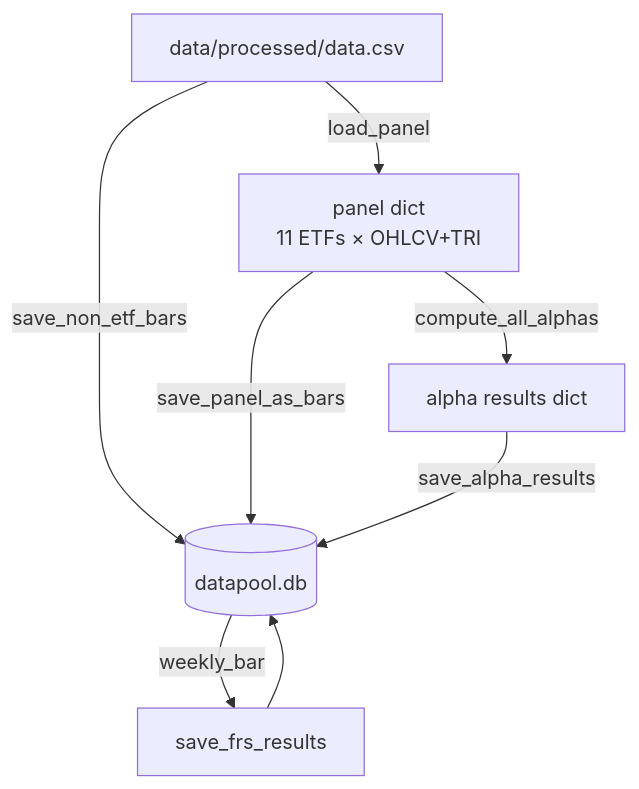
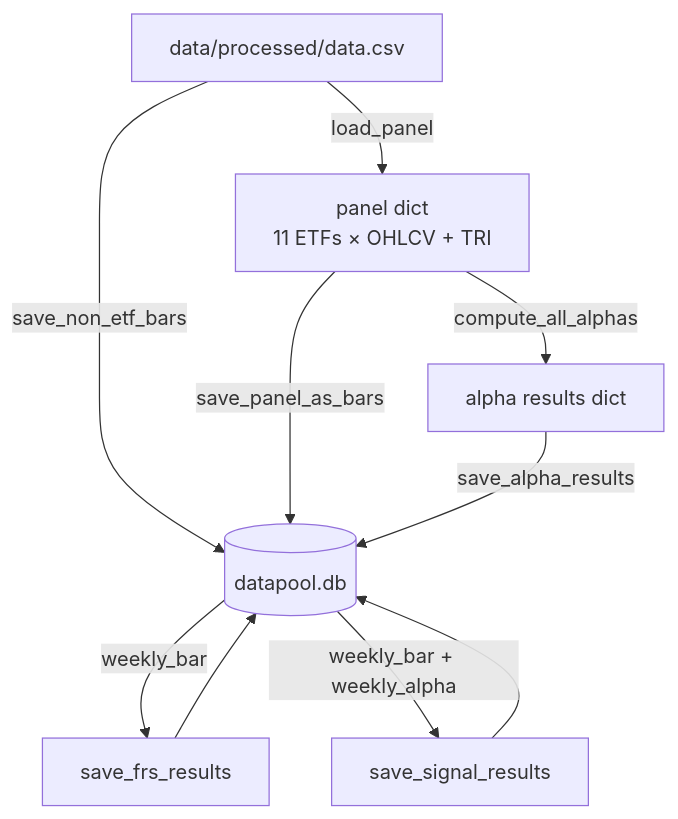
The second of 2 diagrams in docs/01 Data Infra.md (simonsparkwolf-del/ETF-QUANT-LAB), drawn with Mermaid before and after one commit. The commit also changed other lines of this file and 35 other files, not shown here.

Commit message:
!!!important update added signal compute module, backtest engine structure is changed, added quotterminal to feed market data

````diff
--- a/docs/01 Data Infra.md
+++ b/docs/01 Data Infra.md
@@ -13,15 +23,18 @@
 ```mermaid
 flowchart TB
     CSV[data/processed/data.csv]
-    CSV -->|load_panel| panel[panel dict\n11 ETFs × OHLCV+TRI]
+    CSV -->|load_panel| panel[panel dict\n11 ETFs × OHLCV + TRI]
     CSV -->|save_non_etf_bars| DB
 
     panel -->|save_panel_as_bars| DB
     panel -->|compute_all_alphas| alphas[alpha results dict]
     alphas -->|save_alpha_results| DB
 
     DB -->|weekly_bar| frs_compute[save_frs_results]
     frs_compute --> DB
 
+    DB -->|weekly_bar + weekly_alpha| sig_compute[save_signal_results]
+    sig_compute --> DB
+
     DB[(datapool.db)]
 ```
````
